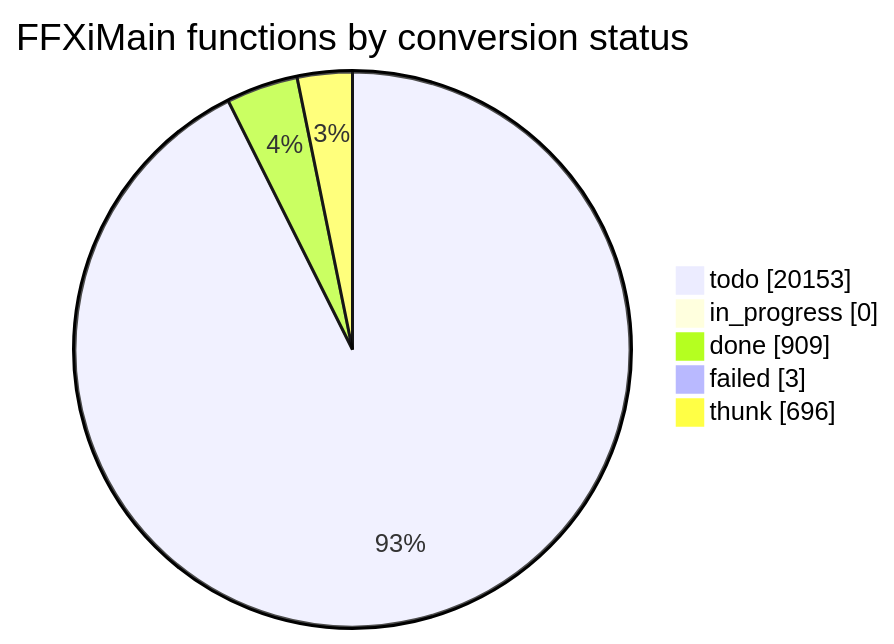
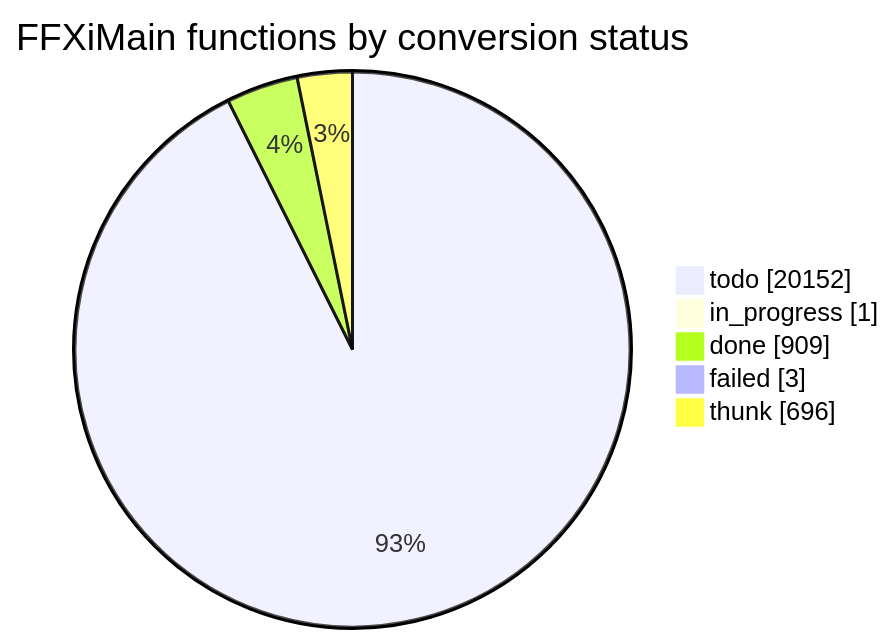
One commit to cowrevenge/cow_kuluu_xi_anything changed the diagram in docs/cow/STATUS.md. Above: the diagram before and after it, drawn with Mermaid. The commit also changed other lines of this file and 7 other files, not shown here.

````diff
--- a/docs/cow/STATUS.md
+++ b/docs/cow/STATUS.md
@@ -18,9 +18,9 @@
 ```mermaid
 pie showData
     title FFXiMain functions by conversion status
-    "todo" : 20153
-    "in_progress" : 0
+    "todo" : 20152
+    "in_progress" : 1
     "done" : 909
     "failed" : 3
     "thunk" : 696
 ```
````
